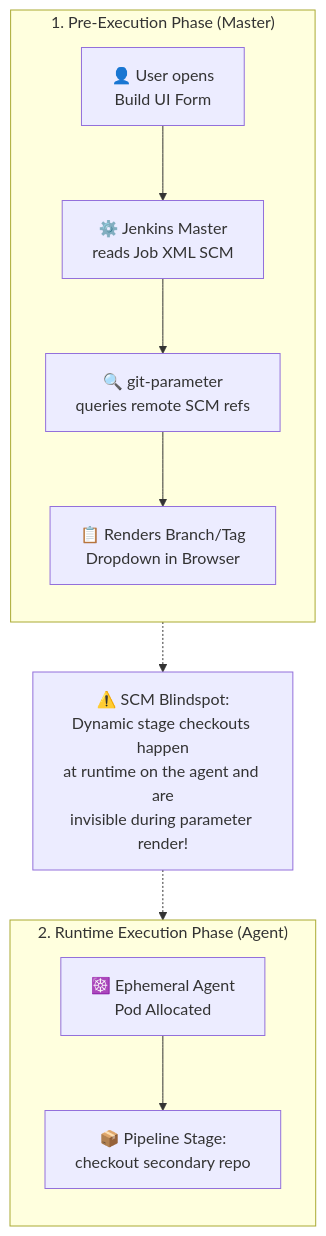
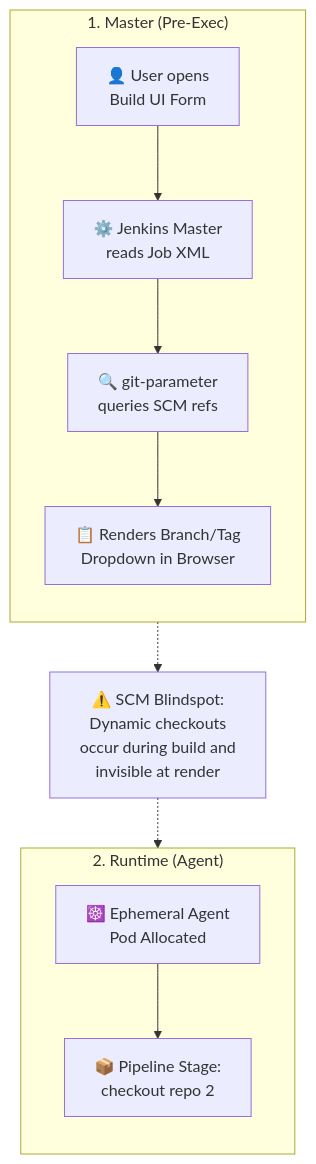
Before and after one commit to nubenetes/jenkins-without-git-parameter: the seventh of 14 diagrams in README.md, drawn with Mermaid. The commit also changed other lines of this file, not shown here.

Commit message:
fix(mermaid): enforce hard 20-char line limit on all diagram nodes to permanently prevent text clipping on GitHub

````diff
--- a/README.md
+++ b/README.md
@@ -596,25 +595,25 @@
 ```mermaid
 flowchart TB
-    subgraph UI_Phase["1. Pre-Execution Phase (Master)"]
+    subgraph UI_Phase["1. Master (Pre-Exec)"]
         direction TB
         User["👤 User opens<br/>Build UI Form"]
-        Master["⚙️ Jenkins Master<br/>reads Job XML SCM"]
-        GitParam["🔍 git-parameter<br/>queries remote SCM refs"]
+        Master["⚙️ Jenkins Master<br/>reads Job XML"]
+        GitParam["🔍 git-parameter<br/>queries SCM refs"]
         Dropdown["📋 Renders Branch/Tag<br/>Dropdown in Browser"]
 
         User --> Master --> GitParam --> Dropdown
     end
 
-    subgraph Runtime_Phase["2. Runtime Execution Phase (Agent)"]
+    subgraph Runtime_Phase["2. Runtime (Agent)"]
         direction TB
         AllocAgent["☸️ Ephemeral Agent<br/>Pod Allocated"]
-        RunStage["📦 Pipeline Stage:<br/>checkout secondary repo"]
+        RunStage["📦 Pipeline Stage:<br/>checkout repo 2"]
 
         AllocAgent --> RunStage
     end
 
-    Gap["⚠️ SCM Blindspot:<br/>Dynamic stage checkouts happen<br/>at runtime on the agent and are<br/>invisible during parameter render!"]
+    Gap["⚠️ SCM Blindspot:<br/>Dynamic checkouts<br/>occur during build and<br/>invisible at render"]
 
     Dropdown -.-> Gap
     Gap -.-> RunStage
 ```
````
